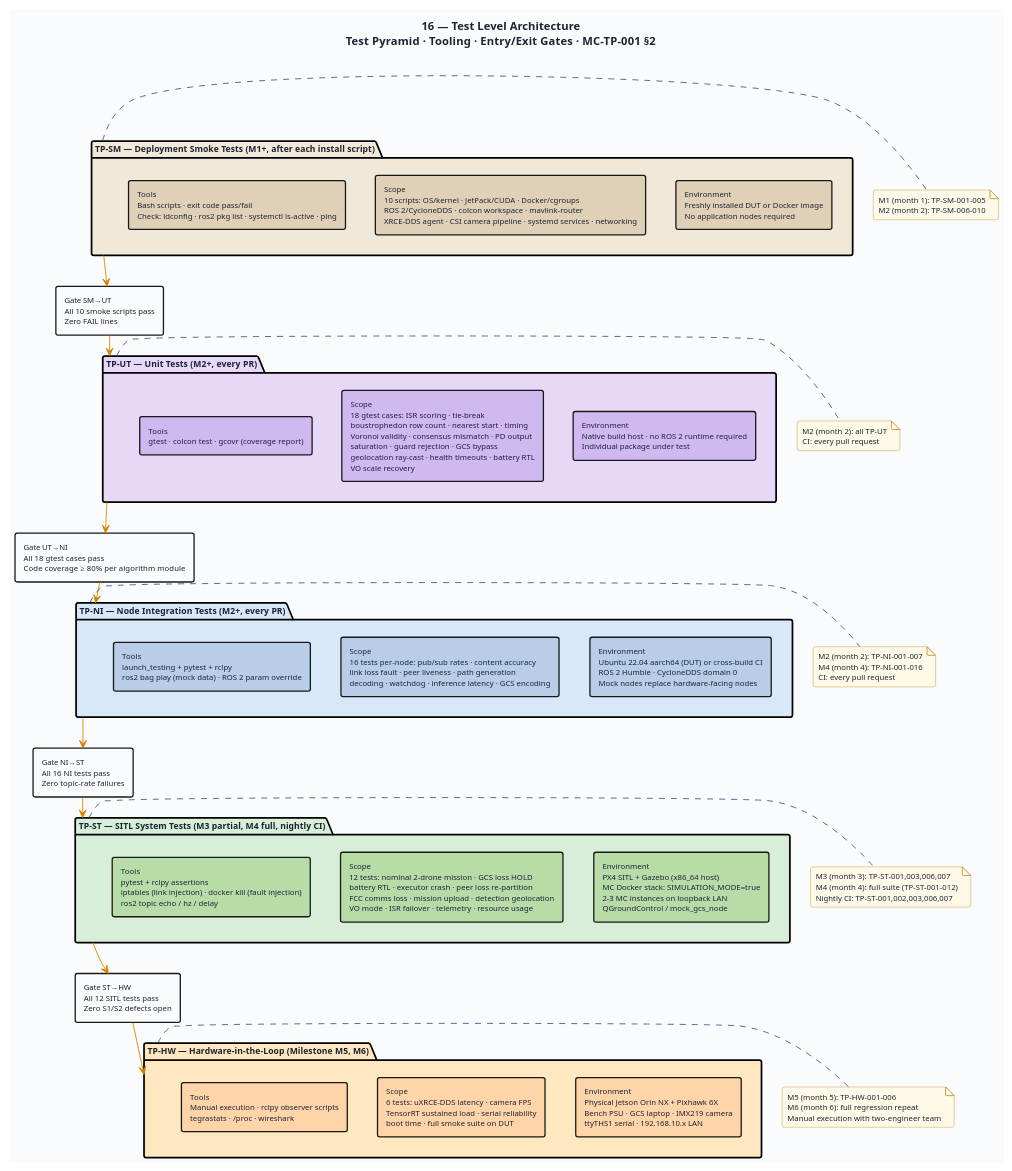
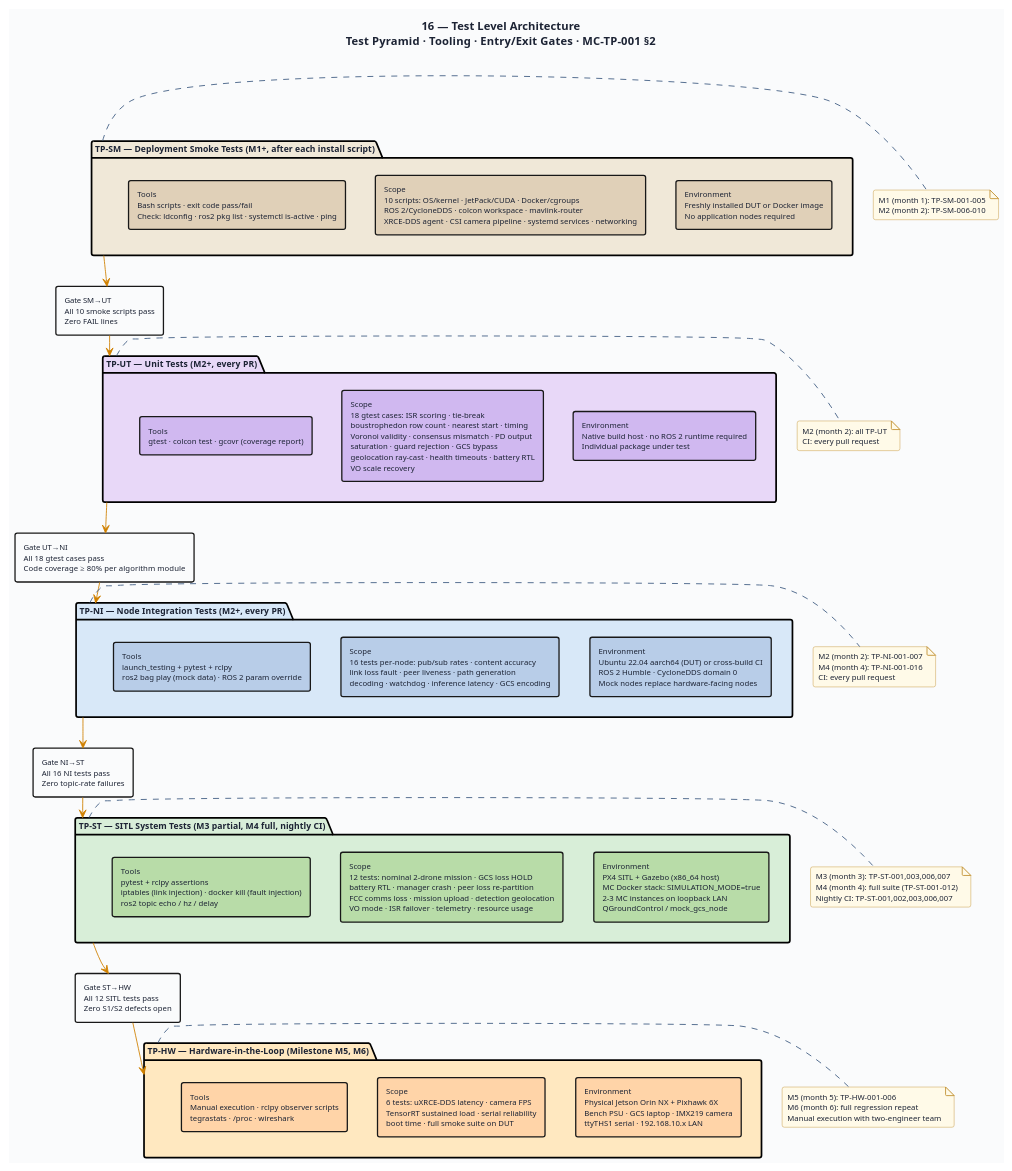
The diagram in diagrams/16-tp-test-architecture.puml (shawnsoh-stengg/shawnsoh-stengg-drone-swarm-mc-tempFork), drawn with PlantUML before and after one commit. The commit also changed 48 other files, not shown here.

First line of the commit message:
Rename mission_executor_node to mission_manager_node

```diff
--- a/diagrams/16-tp-test-architecture.puml
+++ b/diagrams/16-tp-test-architecture.puml
@@ -1,140 +1,140 @@
 @startuml 16-tp-test-architecture
 ' ─────────────────────────────────────────────────────────────
 ' Diagram 16: Test Level Architecture and Gates
 ' MC-TP-001 §2
 ' ─────────────────────────────────────────────────────────────
 
 title "16 — Test Level Architecture\nTest Pyramid · Tooling · Entry/Exit Gates  ·  MC-TP-001 §2"
 
 skinparam BackgroundColor #FAFBFC
 skinparam DefaultFontColor #1C2334
 skinparam DefaultFontSize 10
 skinparam TitleFontSize 13
 skinparam TitleFontStyle bold
 skinparam shadowing false
 skinparam RoundCorner 5
 
 skinparam package {
   BorderThickness 2
   FontSize 10
   FontStyle bold
 }
 
 skinparam rectangle {
   BorderThickness 1.5
   FontSize 9
 }
 
 skinparam note {
   BackgroundColor #FFFAE8
   BorderColor #C09030
   FontSize 9
 }
 
 skinparam arrow {
   Color #3D5A80
   FontColor #2A4060
   FontSize 9
 }
 
 ' ═══════════════════════════════════════════════════
 ' LEVEL 5 — Hardware-in-the-Loop
 ' ═══════════════════════════════════════════════════
 package "TP-HW — Hardware-in-the-Loop  (Milestone M5, M6)" as HW #FFE8C0 {
   rectangle "Environment\nPhysical Jetson Orin NX + Pixhawk 6X\nBench PSU · GCS laptop · IMX219 camera\nttyTHS1 serial · 192.168.10.x LAN" as HW_ENV #FFD4A8
   rectangle "Scope\n6 tests: uXRCE-DDS latency · camera FPS\nTensorRT sustained load · serial reliability\nboot time · full smoke suite on DUT" as HW_SCOPE #FFD4A8
   rectangle "Tools\nManual execution · rclpy observer scripts\ntegrastats · /proc · wireshark" as HW_TOOLS #FFD4A8
 }
 
 ' ═══════════════════════════════════════════════════
 ' LEVEL 4 — SITL System Tests
 ' ═══════════════════════════════════════════════════
 package "TP-ST — SITL System Tests  (M3 partial, M4 full, nightly CI)" as ST #D8EED8 {
   rectangle "Environment\nPX4 SITL + Gazebo (x86_64 host)\nMC Docker stack: SIMULATION_MODE=true\n2–3 MC instances on loopback LAN\nQGroundControl / mock_gcs_node" as ST_ENV #B8DCA8
-  rectangle "Scope\n12 tests: nominal 2-drone mission · GCS loss HOLD\nbattery RTL · executor crash · peer loss re-partition\nFCC comms loss · mission upload · detection geolocation\nVO mode · ISR failover · telemetry · resource usage" as ST_SCOPE #B8DCA8
+  rectangle "Scope\n12 tests: nominal 2-drone mission · GCS loss HOLD\nbattery RTL · manager crash · peer loss re-partition\nFCC comms loss · mission upload · detection geolocation\nVO mode · ISR failover · telemetry · resource usage" as ST_SCOPE #B8DCA8
   rectangle "Tools\npytest + rclpy assertions\niptables (link injection) · docker kill (fault injection)\nros2 topic echo / hz / delay" as ST_TOOLS #B8DCA8
 }
 
 ' ═══════════════════════════════════════════════════
 ' LEVEL 3 — Node Integration Tests
 ' ═══════════════════════════════════════════════════
 package "TP-NI — Node Integration Tests  (M2+, every PR)" as NI #D8E8F8 {
   rectangle "Environment\nUbuntu 22.04 aarch64 (DUT) or cross-build CI\nROS 2 Humble · CycloneDDS domain 0\nMock nodes replace hardware-facing nodes" as NI_ENV #B8CDE8
   rectangle "Scope\n16 tests per-node: pub/sub rates · content accuracy\nlink loss fault · peer liveness · path generation\ndecoding · watchdog · inference latency · GCS encoding" as NI_SCOPE #B8CDE8
   rectangle "Tools\nlaunch_testing + pytest + rclpy\nros2 bag play (mock data) · ROS 2 param override" as NI_TOOLS #B8CDE8
 }
 
 ' ═══════════════════════════════════════════════════
 ' LEVEL 2 — Unit Tests
 ' ═══════════════════════════════════════════════════
 package "TP-UT — Unit Tests  (M2+, every PR)" as UT #E8D8F8 {
   rectangle "Environment\nNative build host · no ROS 2 runtime required\nIndividual package under test" as UT_ENV #D0B8F0
   rectangle "Scope\n18 gtest cases: ISR scoring · tie-break\nboustrophedon row count · nearest start · timing\nVoronoi validity · consensus mismatch · PD output\nsaturation · guard rejection · GCS bypass\ngeolocation ray-cast · health timeouts · battery RTL\nVO scale recovery" as UT_SCOPE #D0B8F0
   rectangle "Tools\ngtest · colcon test · gcovr (coverage report)" as UT_TOOLS #D0B8F0
 }
 
 ' ═══════════════════════════════════════════════════
 ' LEVEL 1 — Smoke Tests
 ' ═══════════════════════════════════════════════════
 package "TP-SM — Deployment Smoke Tests  (M1+, after each install script)" as SM #F0E8D8 {
   rectangle "Environment\nFreshly installed DUT or Docker image\nNo application nodes required" as SM_ENV #E0D0B8
   rectangle "Scope\n10 scripts: OS/kernel · JetPack/CUDA · Docker/cgroups\nROS 2/CycloneDDS · colcon workspace · mavlink-router\nXRCE-DDS agent · CSI camera pipeline · systemd services · networking" as SM_SCOPE #E0D0B8
   rectangle "Tools\nBash scripts · exit code pass/fail\nCheck: ldconfig · ros2 pkg list · systemctl is-active · ping" as SM_TOOLS #E0D0B8
 }
 
 ' ═══════════════════════════════════════════════════
 ' GATES (vertical progression)
 ' ═══════════════════════════════════════════════════
 
 SM_ENV -[hidden]down- UT_ENV
 UT_ENV -[hidden]down- NI_ENV
 NI_ENV -[hidden]down- ST_ENV
 ST_ENV -[hidden]down- HW_ENV
 
 rectangle "Gate SM→UT\nAll 10 smoke scripts pass\nZero FAIL lines" as G1 #FAFBFC
 rectangle "Gate UT→NI\nAll 18 gtest cases pass\nCode coverage ≥ 80% per algorithm module" as G2 #FAFBFC
 rectangle "Gate NI→ST\nAll 16 NI tests pass\nZero topic-rate failures" as G3 #FAFBFC
 rectangle "Gate ST→HW\nAll 12 SITL tests pass\nZero S1/S2 defects open" as G4 #FAFBFC
 
 SM -[#D08000]-> G1
 G1 -[#D08000]-> UT
 UT -[#D08000]-> G2
 G2 -[#D08000]-> NI
 NI -[#D08000]-> G3
 G3 -[#D08000]-> ST
 ST -[#D08000]-> G4
 G4 -[#D08000]-> HW
 
 ' ═══════════════════════════════════════════════════
 ' MILESTONE ALIGNMENT
 ' ═══════════════════════════════════════════════════
 
 note right of SM
   M1 (month 1): TP-SM-001–005
   M2 (month 2): TP-SM-006–010
 end note
 
 note right of UT
   M2 (month 2): all TP-UT
   CI: every pull request
 end note
 
 note right of NI
   M2 (month 2): TP-NI-001–007
   M4 (month 4): TP-NI-001–016
   CI: every pull request
 end note
 
 note right of ST
   M3 (month 3): TP-ST-001,003,006,007
   M4 (month 4): full suite (TP-ST-001–012)
   Nightly CI: TP-ST-001,002,003,006,007
 end note
 
 note right of HW
   M5 (month 5): TP-HW-001–006
   M6 (month 6): full regression repeat
   Manual execution with two-engineer team
 end note
 
 @enduml
```
